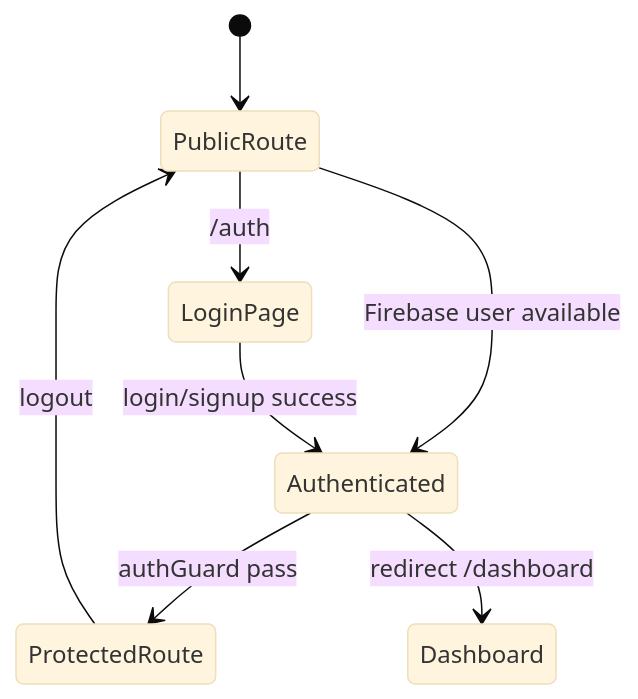
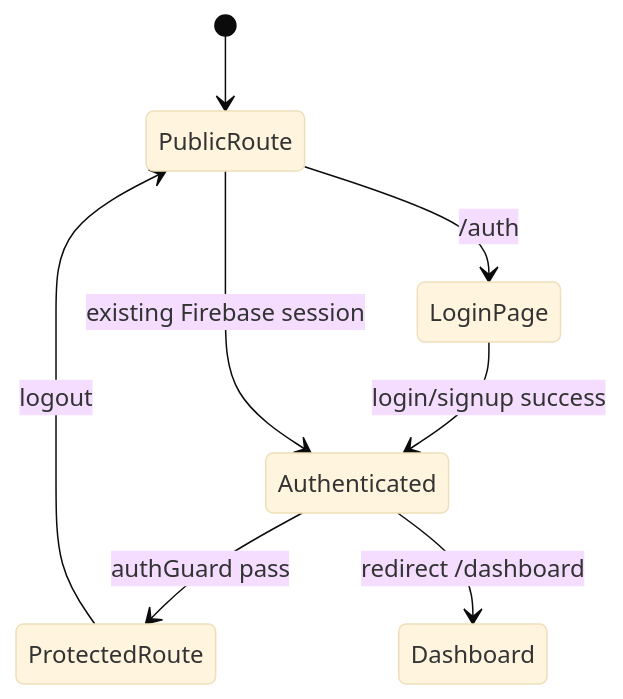
One commit to ifidone/GS-ELS-Group3 changed the third of 13 diagrams in README.md. Above: the diagram before and after it, drawn with Mermaid (base theme). The commit also changed other lines of this file, not shown here.

````diff
--- a/README.md
+++ b/README.md
@@ -129,10 +211,10 @@
 ```mermaid
 stateDiagram-v2
     [*] --> PublicRoute
-    PublicRoute --> Authenticated : Firebase user available
+    PublicRoute --> LoginPage : /auth
+    LoginPage --> Authenticated : login/signup success
+    PublicRoute --> Authenticated : existing Firebase session
     Authenticated --> ProtectedRoute : authGuard pass
     ProtectedRoute --> PublicRoute : logout
-    PublicRoute --> LoginPage : /auth
-    LoginPage --> Authenticated : login/signup success
     Authenticated --> Dashboard : redirect /dashboard
 ```
````
